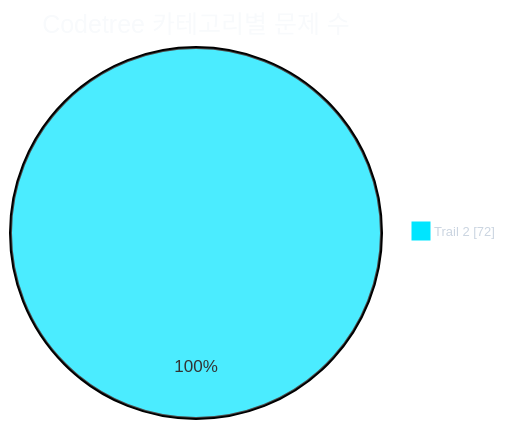
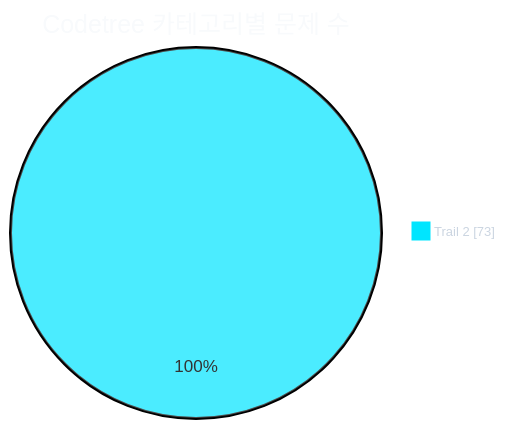
The first of 2 diagrams in readme.md (CHOOSLA/Algorithm), drawn with Mermaid before and after one commit. The commit also changed other lines of this file and 2 other files, not shown here.

````diff
--- a/readme.md
+++ b/readme.md
@@ -31,21 +31,21 @@
 ```mermaid
 ---
 config:
   theme: base
   themeVariables:
     background: '#0d1117'
     pieTitleTextColor: '#f8fafc'
     pieLegendTextColor: '#cbd5e1'
     pieLegendTextSize: '13px'
     pie1: '#00e5ff'
     pie2: '#22c55e'
     pie3: '#f59e0b'
     pie4: '#a855f7'
     pie5: '#ec4899'
     pie6: '#3b82f6'
     pie7: '#64748b'
 ---
 pie showData
   title Codetree 카테고리별 문제 수
-  "Trail 2" : 72
+  "Trail 2" : 73
 ```
````
